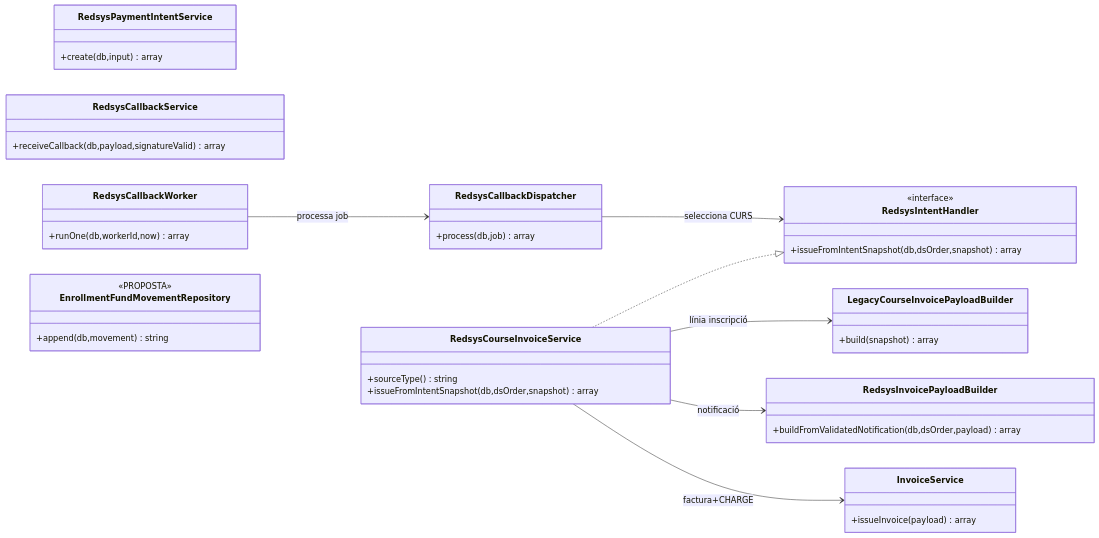
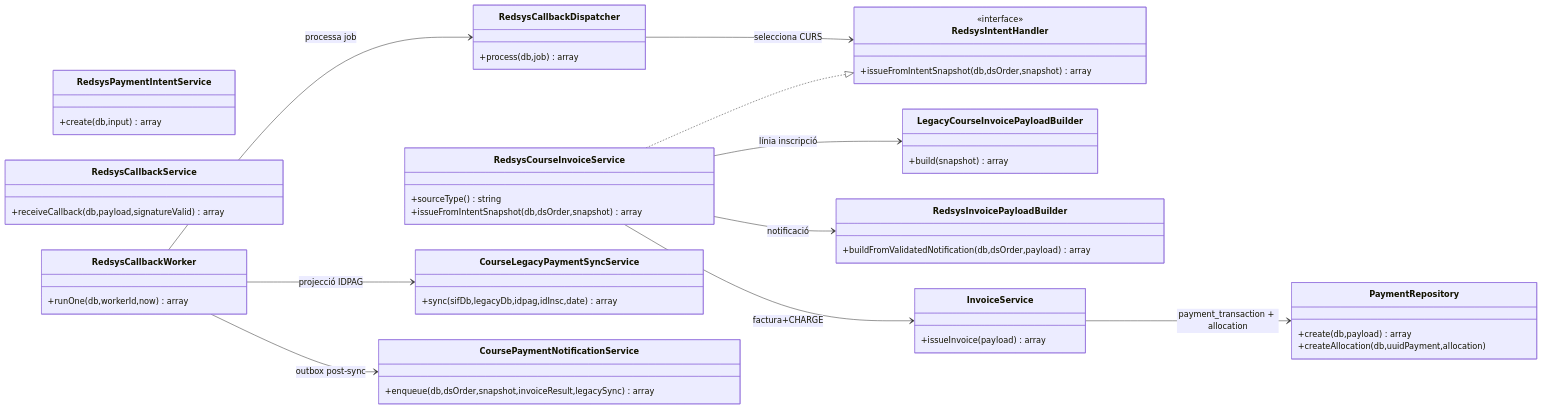
Before and after one commit to orgmeriemprismacat-del/verifactu: the third of 4 diagrams in documentacio/07-uml-integrat/uc-014-comprar-curs-redsys.md, drawn with Mermaid. The commit also changed other lines of this file, not shown here.

Commit message:
docs(UC-014): reconciliar UML integrat i atribucio economica

````diff
--- a/documentacio/07-uml-integrat/uc-014-comprar-curs-redsys.md
+++ b/documentacio/07-uml-integrat/uc-014-comprar-curs-redsys.md
@@ -90,43 +90,52 @@
 ```mermaid
 classDiagram
 direction LR
 class RedsysPaymentIntentService {
  +create(db,input) array
 }
 class RedsysCallbackService {
  +receiveCallback(db,payload,signatureValid) array
 }
 class RedsysCallbackWorker {
  +runOne(db,workerId,now) array
 }
 class RedsysCallbackDispatcher {
  +process(db,job) array
 }
 class RedsysIntentHandler {
  <<interface>>
  +issueFromIntentSnapshot(db,dsOrder,snapshot) array
 }
 class RedsysCourseInvoiceService {
  +sourceType() string
  +issueFromIntentSnapshot(db,dsOrder,snapshot) array
 }
 class LegacyCourseInvoicePayloadBuilder {
  +build(snapshot) array
 }
 class RedsysInvoicePayloadBuilder {
  +buildFromValidatedNotification(db,dsOrder,payload) array
 }
 class InvoiceService {
  +issueInvoice(payload) array
 }
-class EnrollmentFundMovementRepository {
- <<PROPOSTA>>
- +append(db,movement) string
+class PaymentRepository {
+ +create(db,payload) array
+ +createAllocation(db,uuidPayment,allocation)
+}
+class CourseLegacyPaymentSyncService {
+ +sync(sifDb,legacyDb,idpag,idInsc,date) array
+}
+class CoursePaymentNotificationService {
+ +enqueue(db,dsOrder,snapshot,invoiceResult,legacySync) array
 }
 RedsysCallbackWorker --> RedsysCallbackDispatcher : processa job
 RedsysCallbackDispatcher --> RedsysIntentHandler : selecciona CURS
 RedsysCourseInvoiceService ..|> RedsysIntentHandler
 RedsysCourseInvoiceService --> LegacyCourseInvoicePayloadBuilder : línia inscripció
 RedsysCourseInvoiceService --> RedsysInvoicePayloadBuilder : notificació
 RedsysCourseInvoiceService --> InvoiceService : factura+CHARGE
+InvoiceService --> PaymentRepository : payment_transaction + allocation
+RedsysCallbackWorker --> CourseLegacyPaymentSyncService : projecció IDPAG
+RedsysCallbackWorker --> CoursePaymentNotificationService : outbox post-sync
 ```
````
